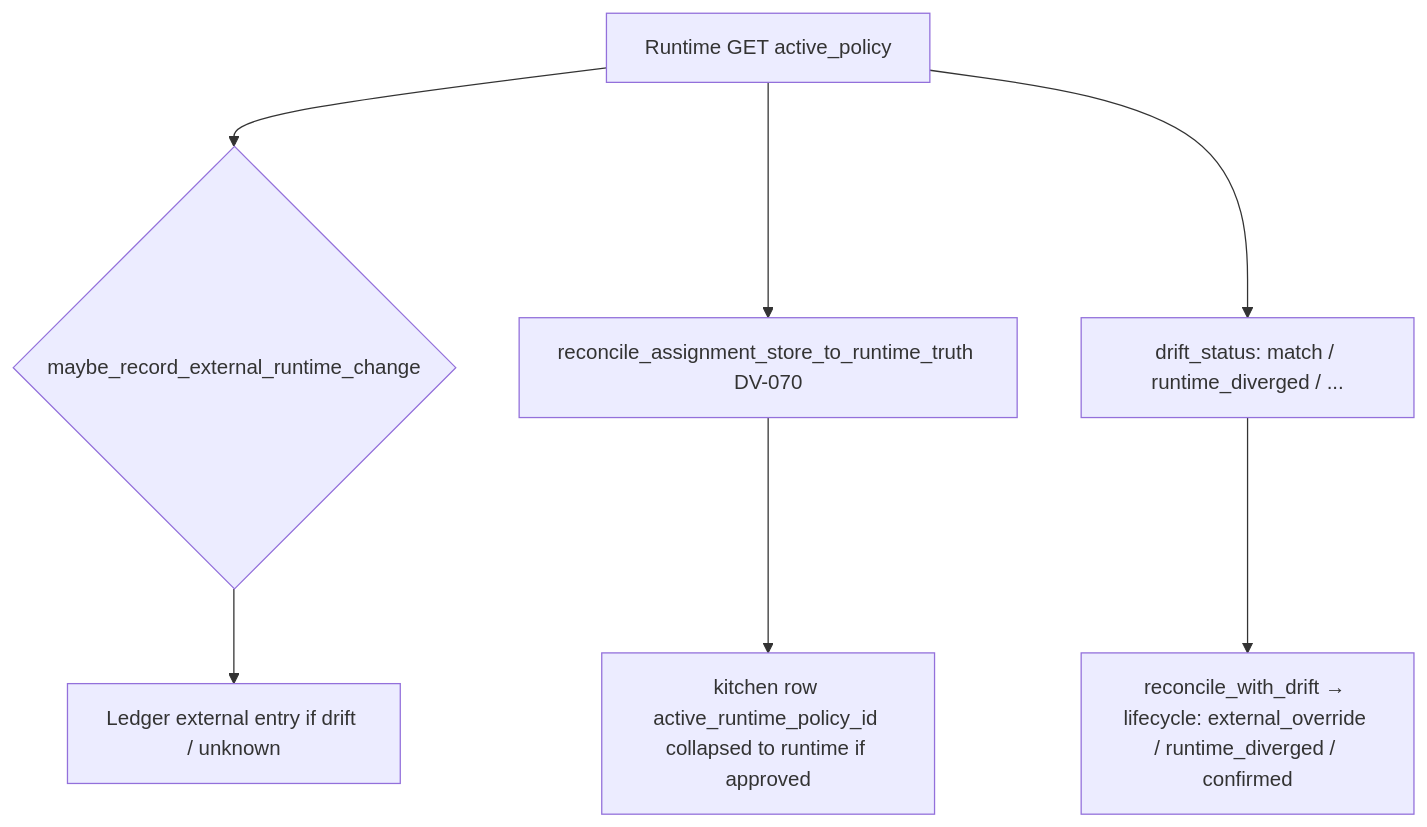
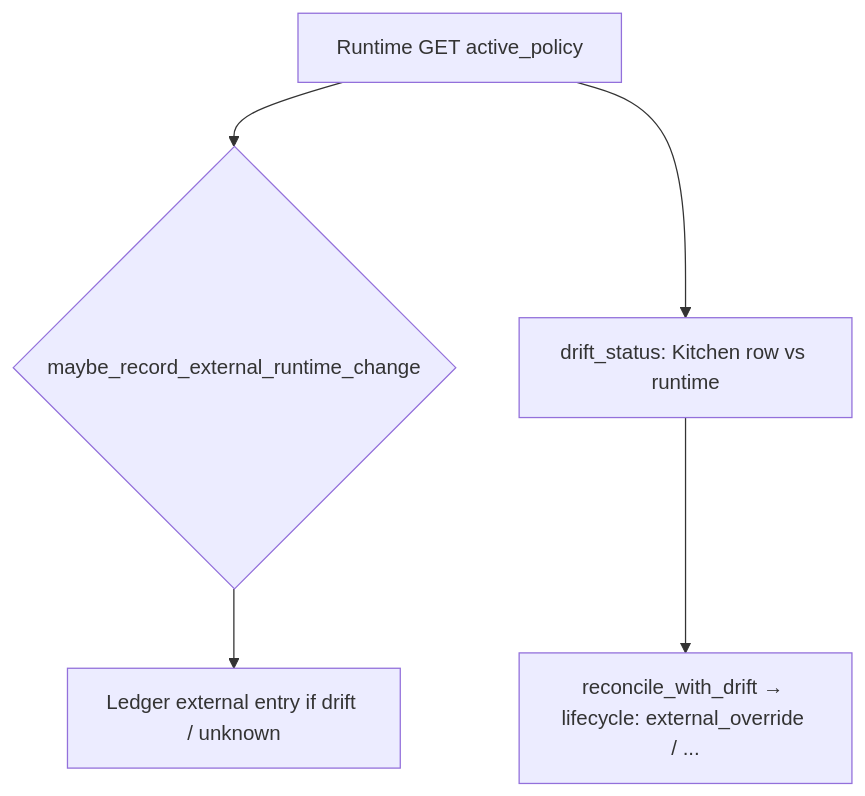
The second of 2 diagrams in renaissance_v4/POLICY_ASSIGNMENT_SYSTEMS_MAP.md (jmiller9930/blackbox), drawn with Mermaid before and after one commit. The commit also changed other lines of this file and 4 other files, not shown here.

First line of the commit message:
Kitchen nexus: stop GET-time reconcile; primary policy story from assignment row.

````diff
--- a/renaissance_v4/POLICY_ASSIGNMENT_SYSTEMS_MAP.md
+++ b/renaissance_v4/POLICY_ASSIGNMENT_SYSTEMS_MAP.md
@@ -90,9 +90,7 @@
 ```mermaid
 flowchart TD
   R[Runtime GET active_policy] --> M{maybe_record_external_runtime_change}
   M --> L[Ledger external entry if drift / unknown]
-  R --> REC[reconcile_assignment_store_to_runtime_truth DV-070]
-  REC --> K[kitchen row active_runtime_policy_id collapsed to runtime if approved]
-  R --> D[drift_status: match / runtime_diverged / ...]
-  D --> LC[reconcile_with_drift → lifecycle: external_override / runtime_diverged / confirmed]
+  R --> D[drift_status: Kitchen row vs runtime]
+  D --> LC[reconcile_with_drift → lifecycle: external_override / ...]
 ```
````
